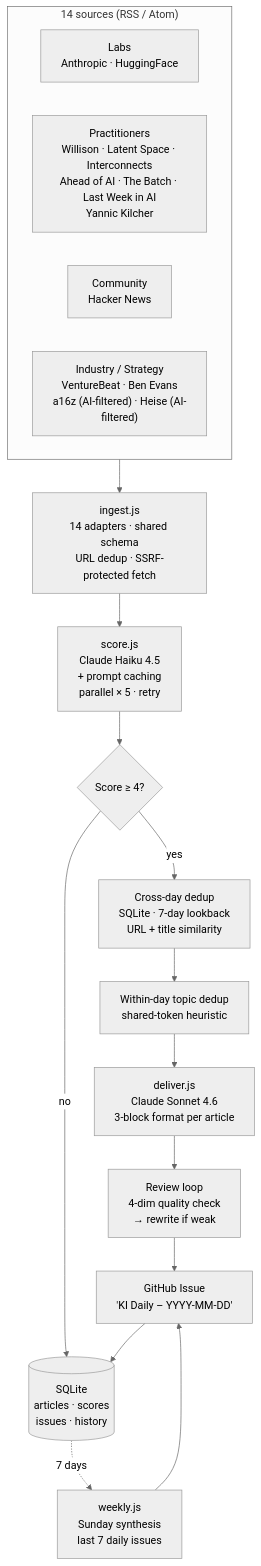
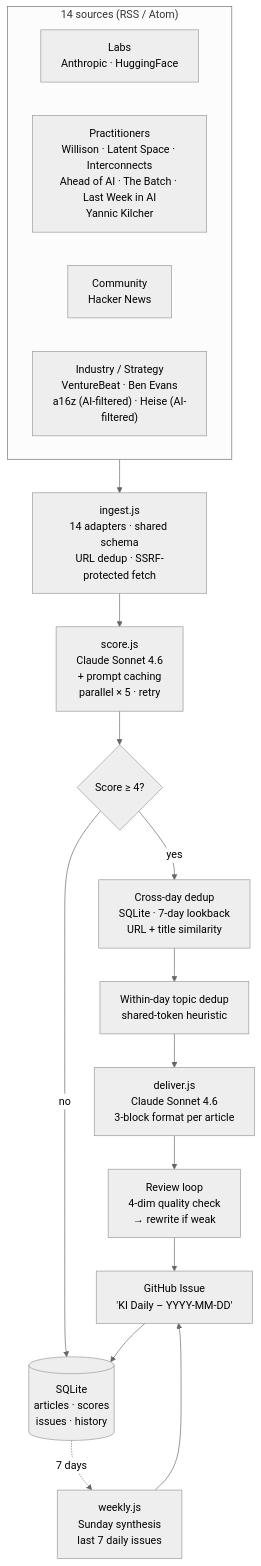
One commit to kronprinzmagma/ki-news-aggregator changed the diagram in README.md. Above: the diagram before and after it, drawn with Mermaid (neutral theme). The commit also changed other lines of this file and 3 other files, not shown here.

First line of the commit message:
feat: Score-Stage auf Sonnet 4.6 umgestellt (Cache-Fix)

````diff
--- a/README.md
+++ b/README.md
@@ -48,26 +48,26 @@
 ```mermaid
 flowchart TD
     subgraph Sources["14 sources (RSS / Atom)"]
         S1["Labs<br/>Anthropic · HuggingFace"]
         S2["Practitioners<br/>Willison · Latent Space · Interconnects<br/>Ahead of AI · The Batch · Last Week in AI<br/>Yannic Kilcher"]
         S3["Community<br/>Hacker News"]
         S4["Industry / Strategy<br/>VentureBeat · Ben Evans<br/>a16z (AI-filtered) · Heise (AI-filtered)"]
     end
 
     Ingest["ingest.js<br/>14 adapters · shared schema<br/>URL dedup · SSRF-protected fetch"]
-    Score["score.js<br/>Claude Haiku 4.5<br/>+ prompt caching<br/>parallel × 5 · retry"]
+    Score["score.js<br/>Claude Sonnet 4.6<br/>+ prompt caching<br/>parallel × 5 · retry"]
     Filter{"Score ≥ 4?"}
     XDay["Cross-day dedup<br/>SQLite · 7-day lookback<br/>URL + title similarity"]
     Topic["Within-day topic dedup<br/>shared-token heuristic"]
     Write["deliver.js<br/>Claude Sonnet 4.6<br/>3-block format per article"]
     Review["Review loop<br/>4-dim quality check<br/>→ rewrite if weak"]
     Issue["GitHub Issue<br/>'KI Daily – YYYY-MM-DD'"]
     Store[("SQLite<br/>articles · scores<br/>issues · history")]
     Weekly["weekly.js<br/>Sunday synthesis<br/>last 7 daily issues"]
 
     Sources --> Ingest --> Score --> Filter
     Filter -- yes --> XDay --> Topic --> Write --> Review --> Issue
     Filter -- no --> Store
     Issue --> Store
     Store -.7 days.-> Weekly --> Issue
 ```
````
